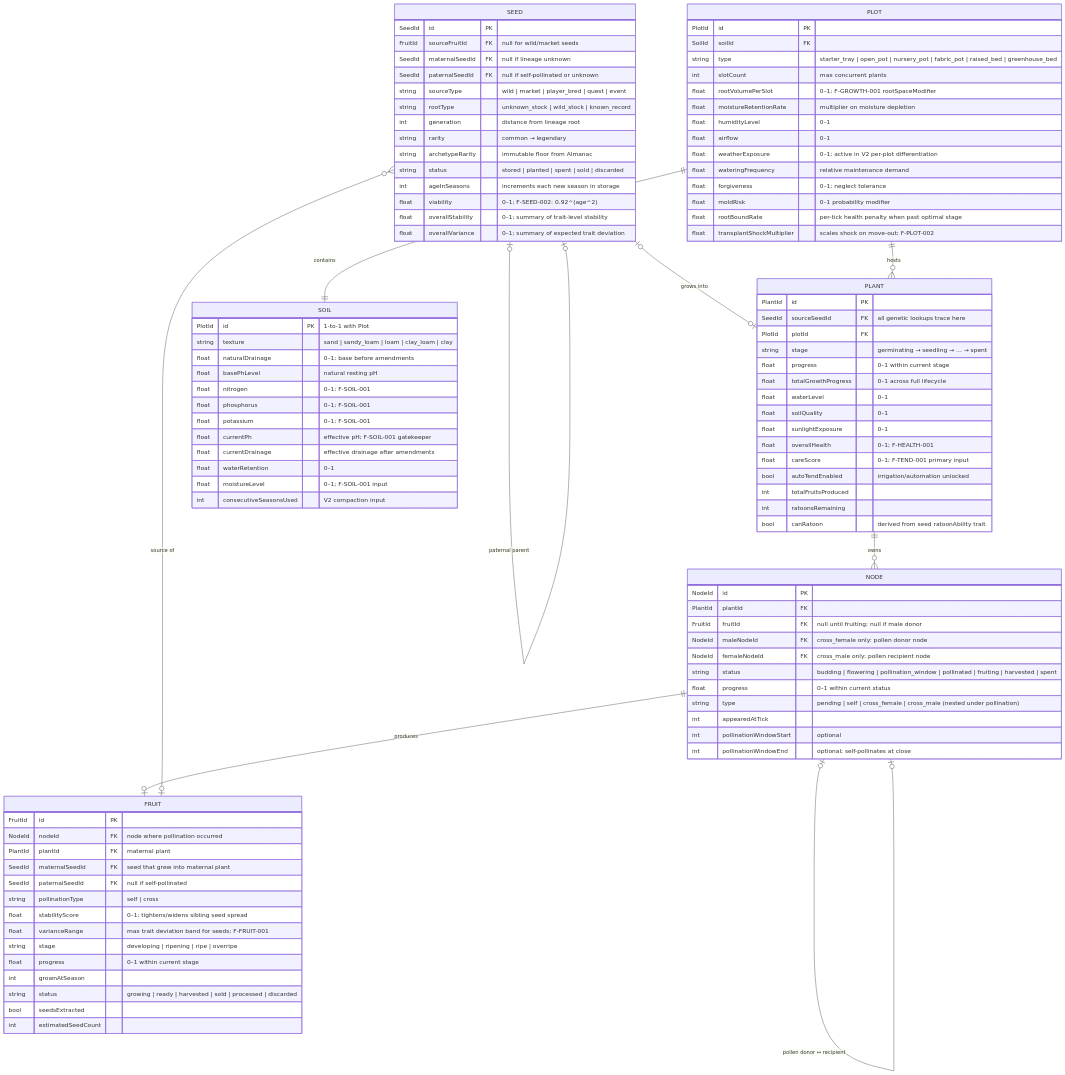
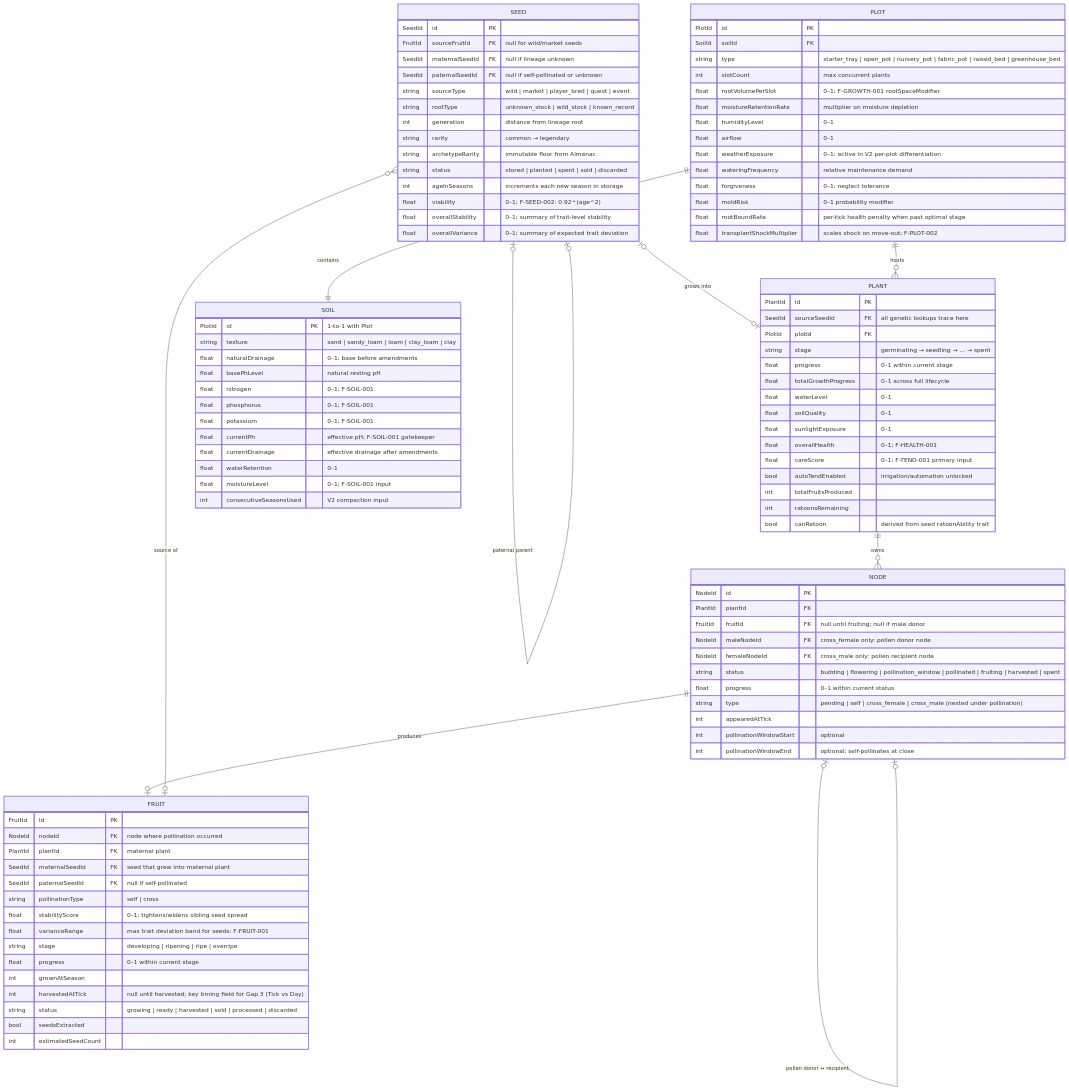
Before and after one commit to wulke/pepper-pirate: the diagram in docs/data-models/ERD.md, drawn with Mermaid. The commit also changed 2 other files, not shown here.

Commit message:
types: address follow-up review — SoilId alias, ERD harvestedAtTick, validator TODO
- SoilId is now aliased to PlotId (was `string`), making the 1:1 relationship
  type-safe: code that assigns soil.id to a SoilId variable will now typecheck
- Added harvestedAtTick to FRUIT entity in ERD.md with a Gap 3 note; ERD validator
  now enforces its presence in fruit.ts (81 fields, up from 80)
- Added TODO comment in validate-erd.mjs ENTITY_MAP for the future SEASON entry,
  making it explicit acceptance criteria for the season.ts PR

```diff
--- a/docs/data-models/ERD.md
+++ b/docs/data-models/ERD.md
@@ -72,6 +72,7 @@
         string      stage                   "developing | ripening | ripe | overripe"
         float       progress                "0–1 within current stage"
         int         grownAtSeason
+        int         harvestedAtTick             "null until harvested; key timing field for Gap 3 (Tick vs Day)"
         string      status                  "growing | ready | harvested | sold | processed | discarded"
         bool        seedsExtracted
         int         estimatedSeedCount
```
